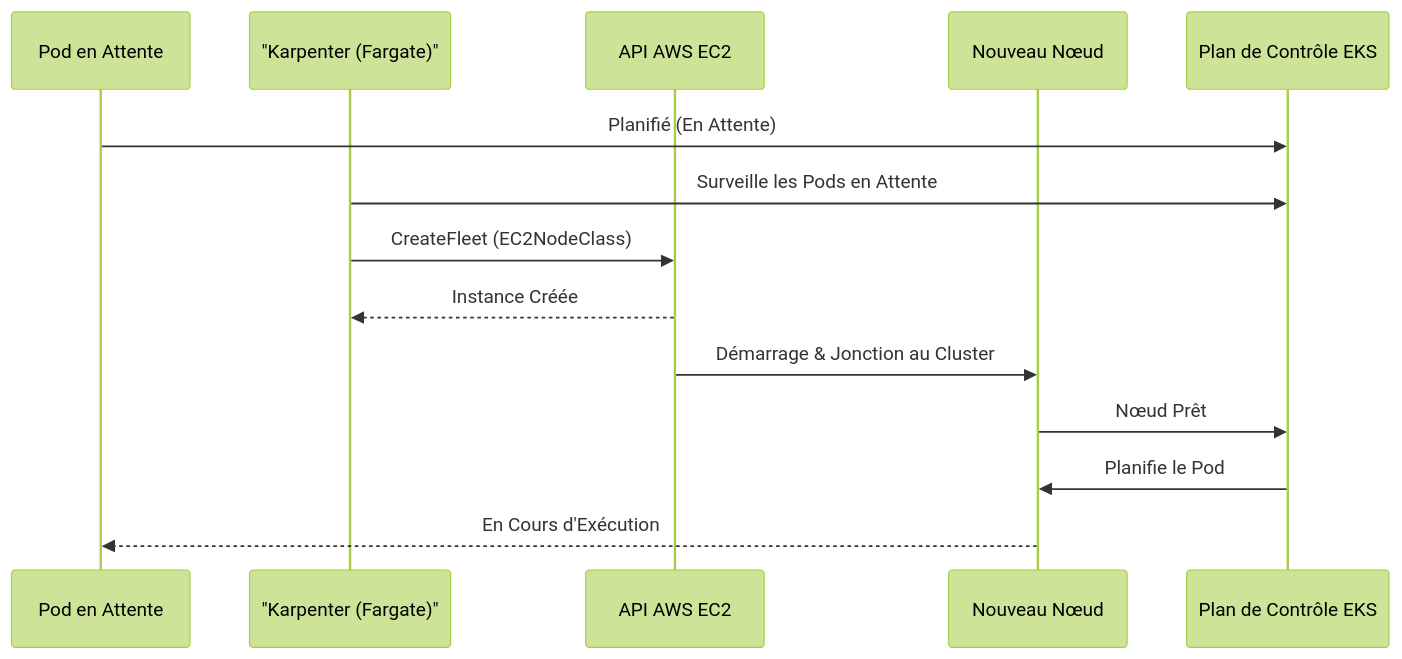
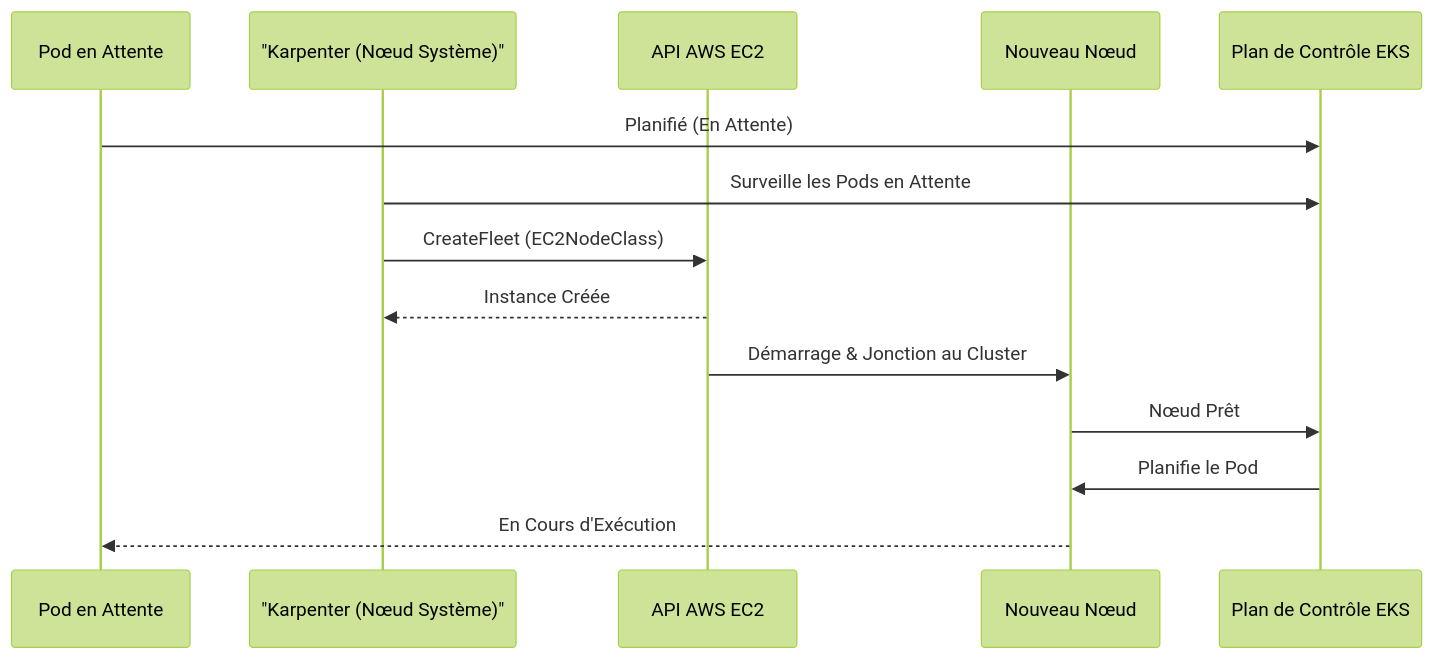
One commit to Seafarer-Cloud/Infrastructure changed the second of 2 diagrams in README.md. Above: the diagram before and after it, drawn with Mermaid (forest theme). The commit also changed other lines of this file and 4 other files, not shown here.

````diff
--- a/README.md
+++ b/README.md
@@ -60,17 +63,17 @@
 ```mermaid
 sequenceDiagram
     participant P as Pod en Attente
-    participant K as "Karpenter (Fargate)"
+    participant K as "Karpenter (Nœud Système)"
     participant A as API AWS EC2
     participant N as Nouveau Nœud
     participant E as Plan de Contrôle EKS
 
     P->>E: Planifié (En Attente)
     K->>E: Surveille les Pods en Attente
     K->>A: CreateFleet (EC2NodeClass)
     A-->>K: Instance Créée
     A->>N: Démarrage & Jonction au Cluster
     N->>E: Nœud Prêt
     E->>N: Planifie le Pod
     N-->>P: En Cours d'Exécution
 ```
````
